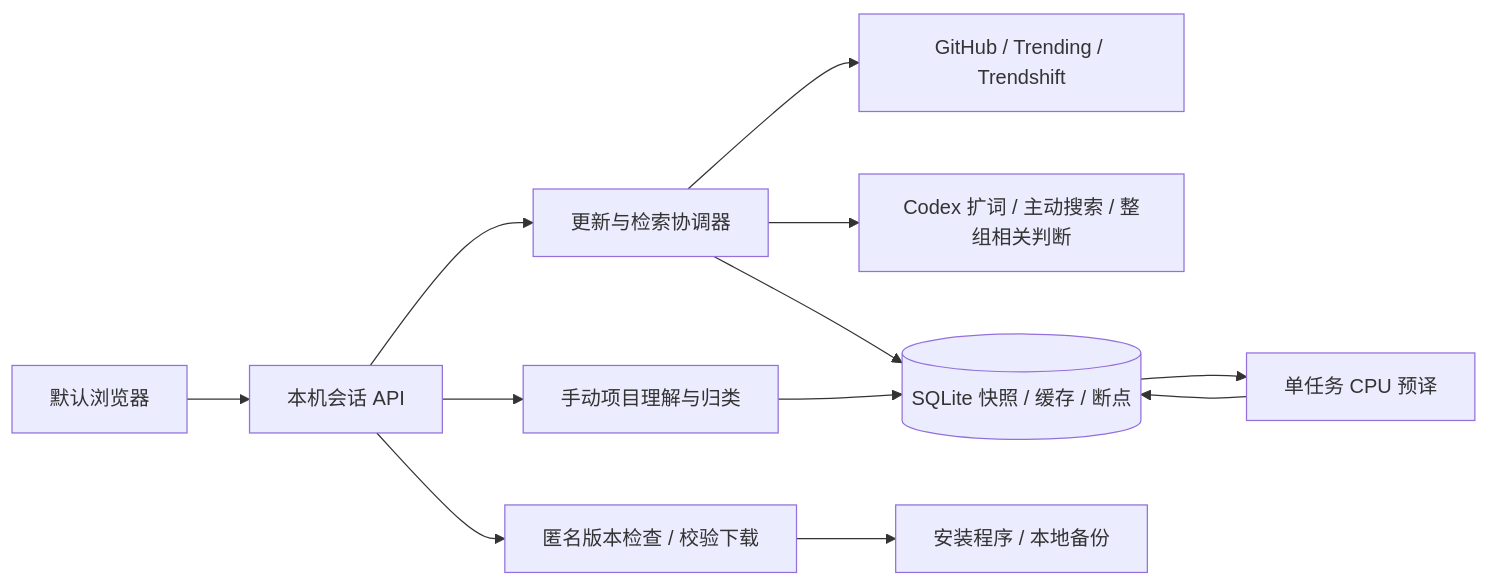
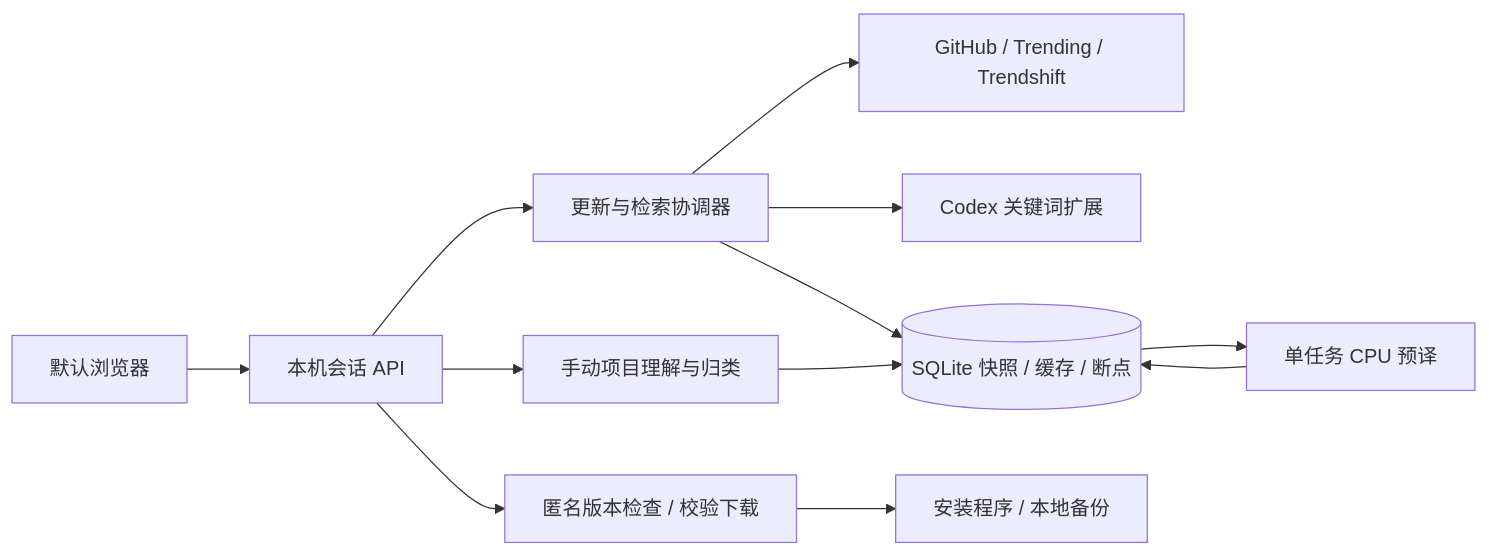
One commit to AetheriusLumina/StarTrail changed the diagram in README.md. Above: the diagram before and after it, drawn with Mermaid. The commit also changed other lines of this file and 31 other files, not shown here.

````diff
--- a/README.md
+++ b/README.md
@@ -201,14 +203,14 @@
 ```mermaid
 flowchart LR
     Browser[默认浏览器] --> API[本机会话 API]
     API --> Jobs[更新与检索协调器]
     Jobs --> Sources[GitHub / Trending / Trendshift]
-    Jobs --> AI[Codex 扩词 / 主动搜索 / 整组相关判断]
+    Jobs --> AI[Codex 关键词扩展]
     Jobs --> DB[(SQLite 快照 / 缓存 / 断点)]
     API --> Detail[手动项目理解与归类]
     Detail --> DB
     DB --> Translate[单任务 CPU 预译]
     Translate --> DB
     API --> Release[匿名版本检查 / 校验下载]
     Release --> Installer[安装程序 / 本地备份]
 ```
````
